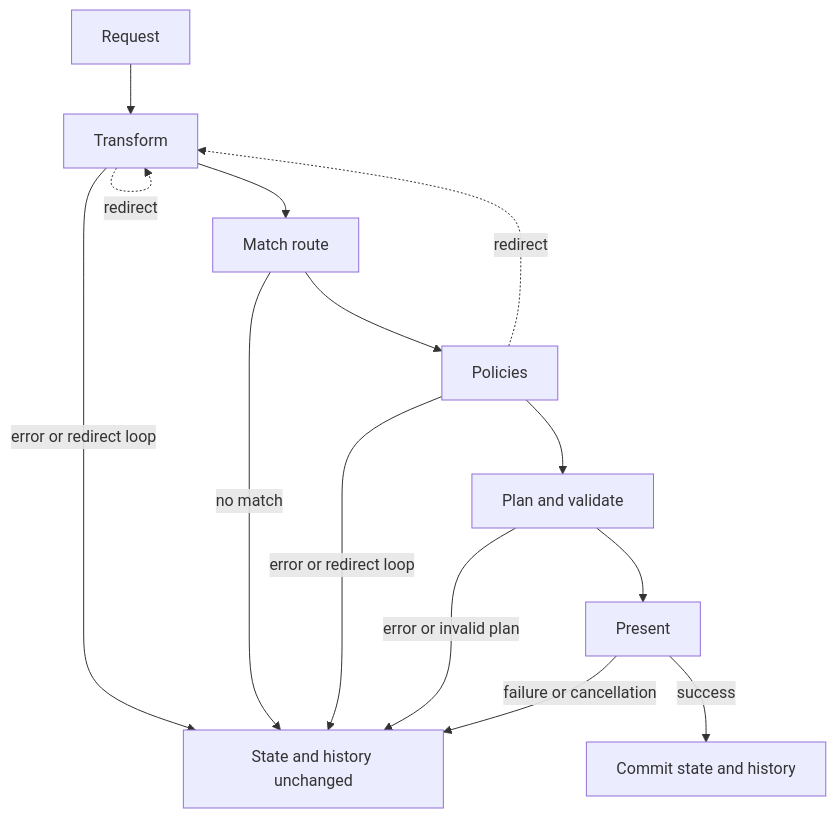
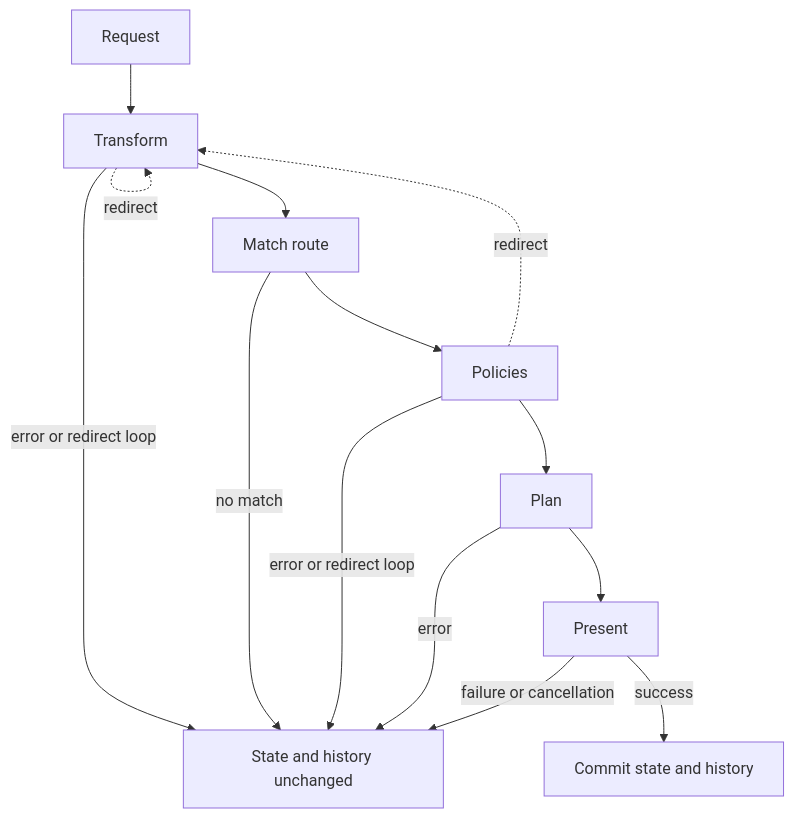
The diagram in docs/architecture.md (AdamEssenmacher/AppNav), drawn with Mermaid before and after one commit. The commit also changed other lines of this file and 1 other file, not shown here.

First line of the commit message:
Bring the roadmap and architecture pages up to date (#60)

````diff
--- a/docs/architecture.md
+++ b/docs/architecture.md
@@ -19,16 +19,16 @@
 ```mermaid
 flowchart TD
     R[Request] --> T[Transform]
     T --> M[Match route]
     M --> P[Policies]
-    P --> L[Plan and validate]
+    P --> L[Plan]
     L --> A[Present]
     A -->|success| C[Commit state and history]
     T -. redirect .-> T
     P -. redirect .-> T
     T -->|error or redirect loop| F[State and history unchanged]
     M -->|no match| F
     P -->|error or redirect loop| F
-    L -->|error or invalid plan| F
+    L -->|error| F
     A -->|failure or cancellation| F
 ```
````
